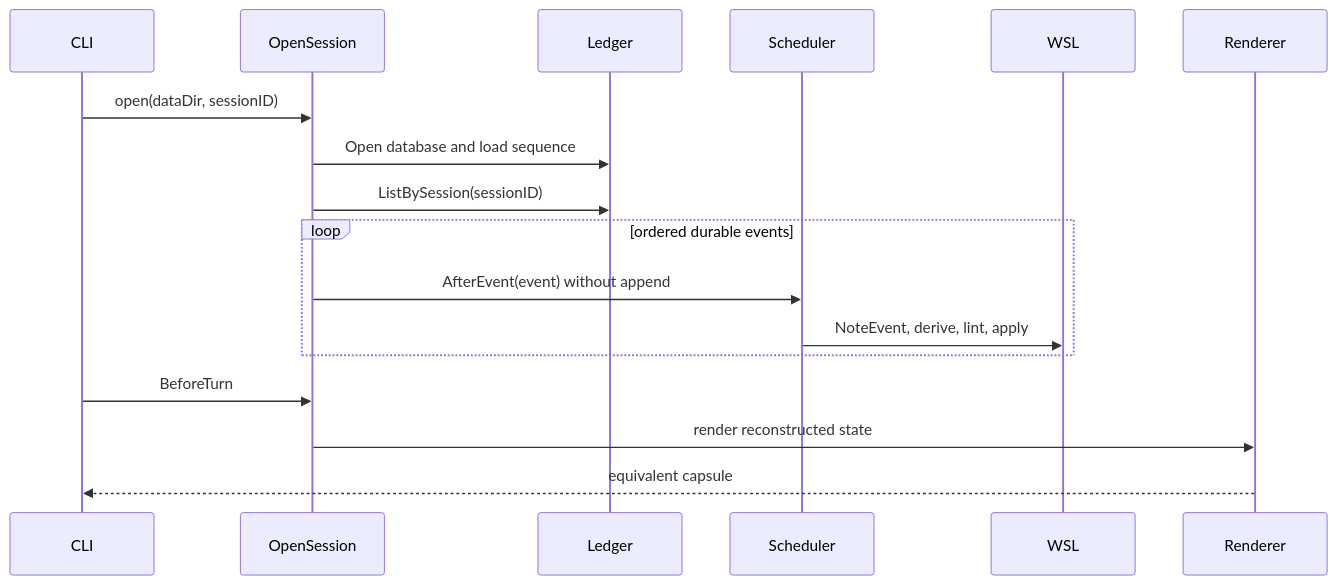
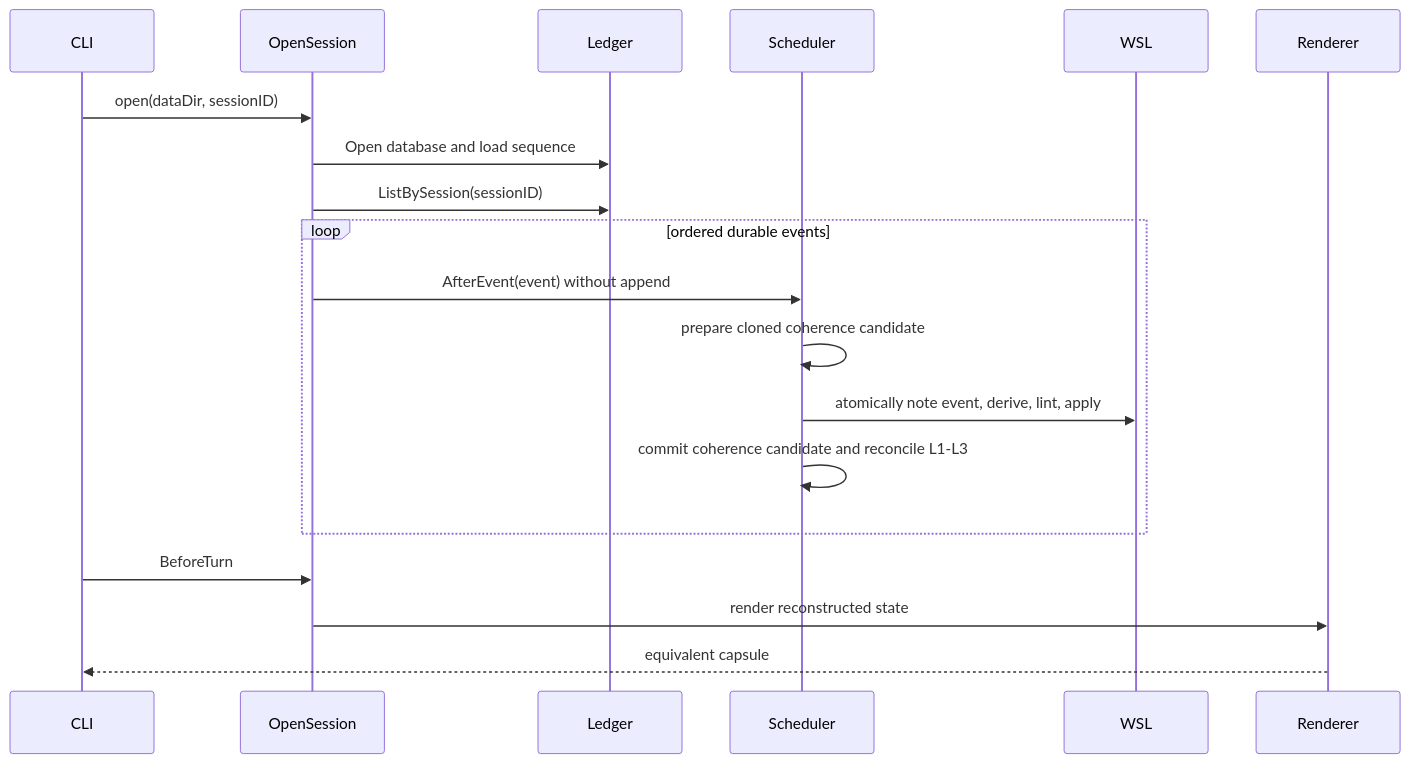
One commit to rexbrahh/WSMS changed the fourth of 10 diagrams in docs/architecture.md. Above: the diagram before and after it, drawn with Mermaid. The commit also changed other lines of this file and 3 other files, not shown here.

````diff
--- a/docs/architecture.md
+++ b/docs/architecture.md
@@ -294,20 +320,22 @@
 ```mermaid
 sequenceDiagram
     participant CLI
     participant Session as OpenSession
     participant Ledger
     participant Scheduler
     participant WSL
     participant Renderer
 
     CLI->>Session: open(dataDir, sessionID)
     Session->>Ledger: Open database and load sequence
     Session->>Ledger: ListBySession(sessionID)
     loop ordered durable events
         Session->>Scheduler: AfterEvent(event) without append
-        Scheduler->>WSL: NoteEvent, derive, lint, apply
+        Scheduler->>Scheduler: prepare cloned coherence candidate
+        Scheduler->>WSL: atomically note event, derive, lint, apply
+        Scheduler->>Scheduler: commit coherence candidate and reconcile L1-L3
     end
     CLI->>Session: BeforeTurn
     Session->>Renderer: render reconstructed state
     Renderer-->>CLI: equivalent capsule
 ```
````
